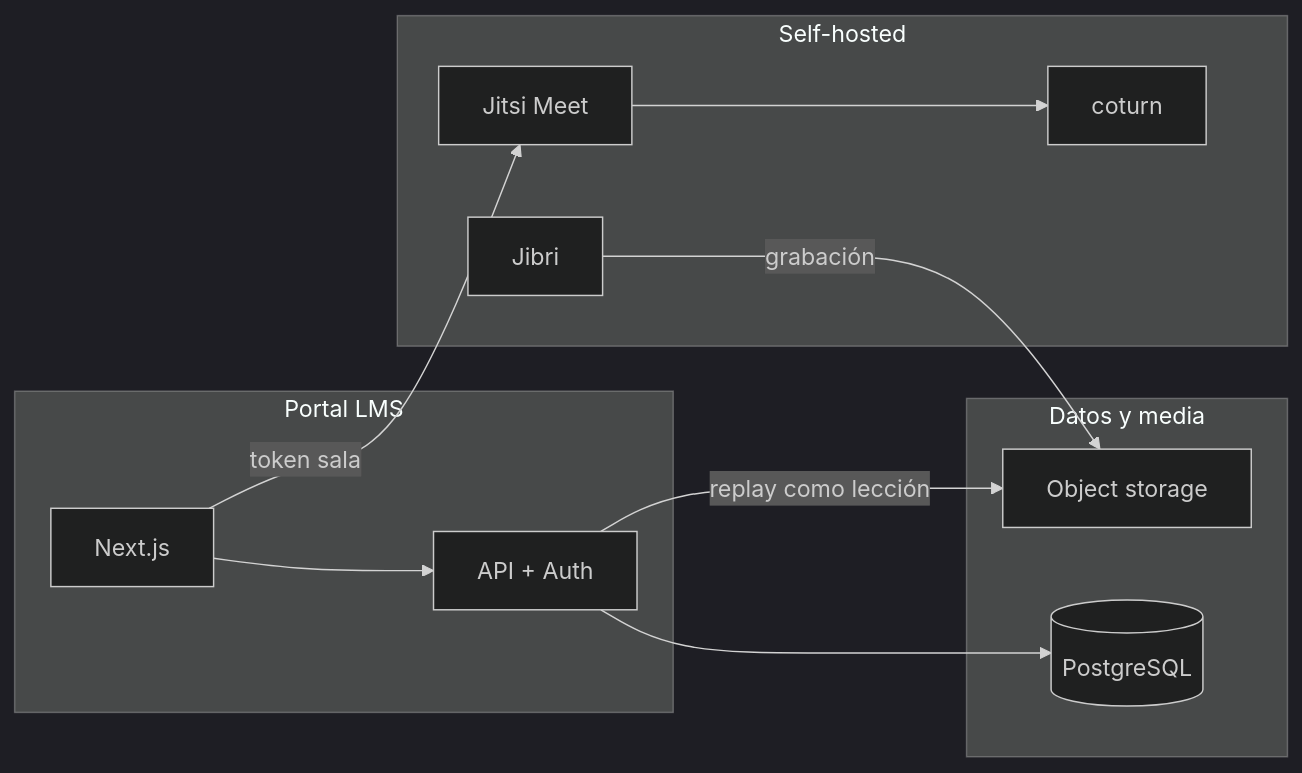
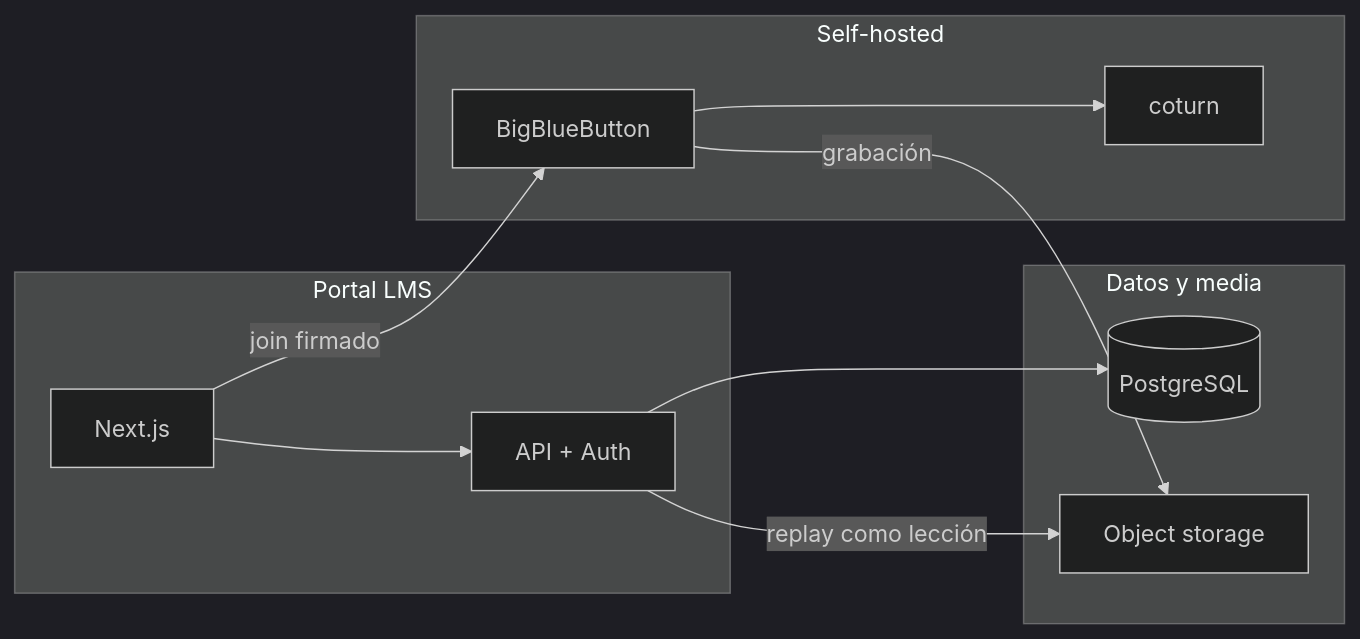
The diagram in docs/PRESUPUESTO-LMS-FASE2.md (MarxMad/Psycotest), drawn with Mermaid (dark theme) before and after one commit. The commit also changed other lines of this file, not shown here.

Commit message:
docs: alinear presupuesto restante con BigBlueButton

````diff
--- a/docs/PRESUPUESTO-LMS-FASE2.md
+++ b/docs/PRESUPUESTO-LMS-FASE2.md
@@ -55,21 +55,20 @@
 ```mermaid
 flowchart LR
   subgraph lms [Portal LMS]
     WEB[Next.js]
     API[API + Auth]
   end
   subgraph live [Self-hosted]
-    JITSI[Jitsi Meet]
-    JIBRI[Jibri]
+    BBB[BigBlueButton]
     TURN[coturn]
   end
   subgraph store [Datos y media]
     DB[(PostgreSQL)]
     OBJ[Object storage]
   end
   WEB --> API --> DB
-  WEB -->|token sala| JITSI
-  JITSI --> TURN
-  JIBRI -->|grabación| OBJ
+  WEB -->|join firmado| BBB
+  BBB --> TURN
+  BBB -->|grabación| OBJ
   API -->|replay como lección| OBJ
 ```
````
